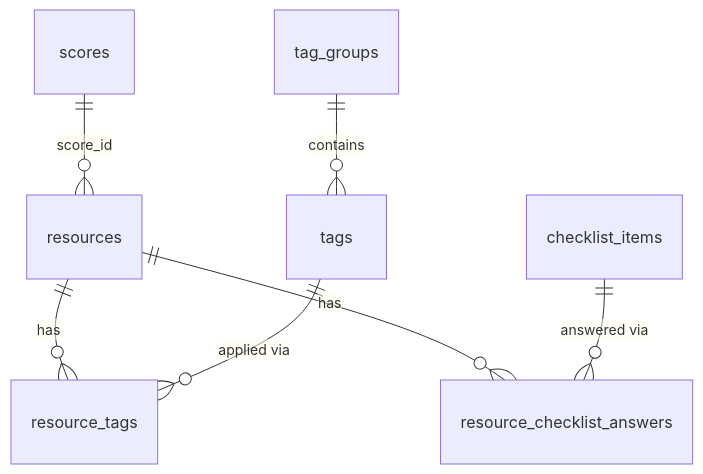
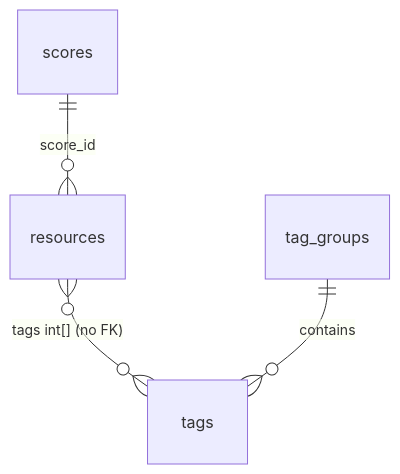
The diagram in docs/resources-tags-end-state-schema.md (Code-4-Community/proj-fh), drawn with Mermaid before and after one commit. The commit also changed other lines of this file and 2 other files, not shown here.

````diff
--- a/docs/resources-tags-end-state-schema.md
+++ b/docs/resources-tags-end-state-schema.md
@@ -9,9 +9,6 @@
 ```mermaid
 erDiagram
-    resources ||--o{ resource_tags : has
-    tags ||--o{ resource_tags : "applied via"
+    resources }o--o{ tags : "tags int[] (no FK)"
     tag_groups ||--o{ tags : contains
-    resources ||--o{ resource_checklist_answers : has
-    checklist_items ||--o{ resource_checklist_answers : "answered via"
     scores ||--o{ resources : "score_id"
 ```
````
